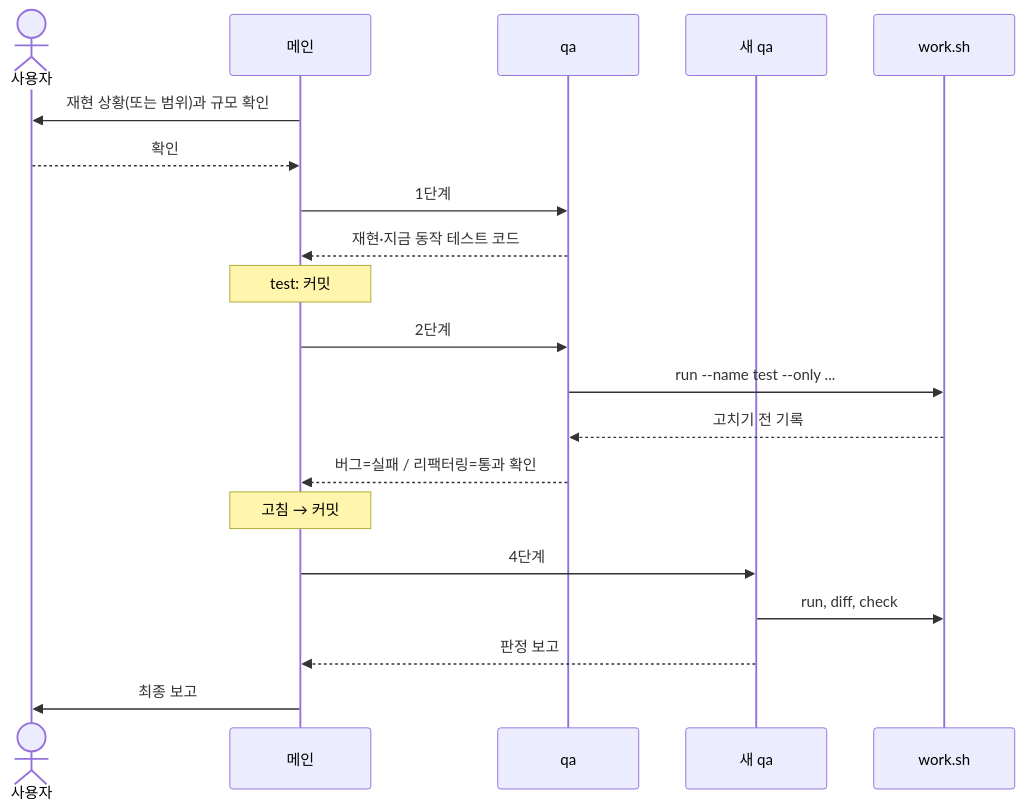
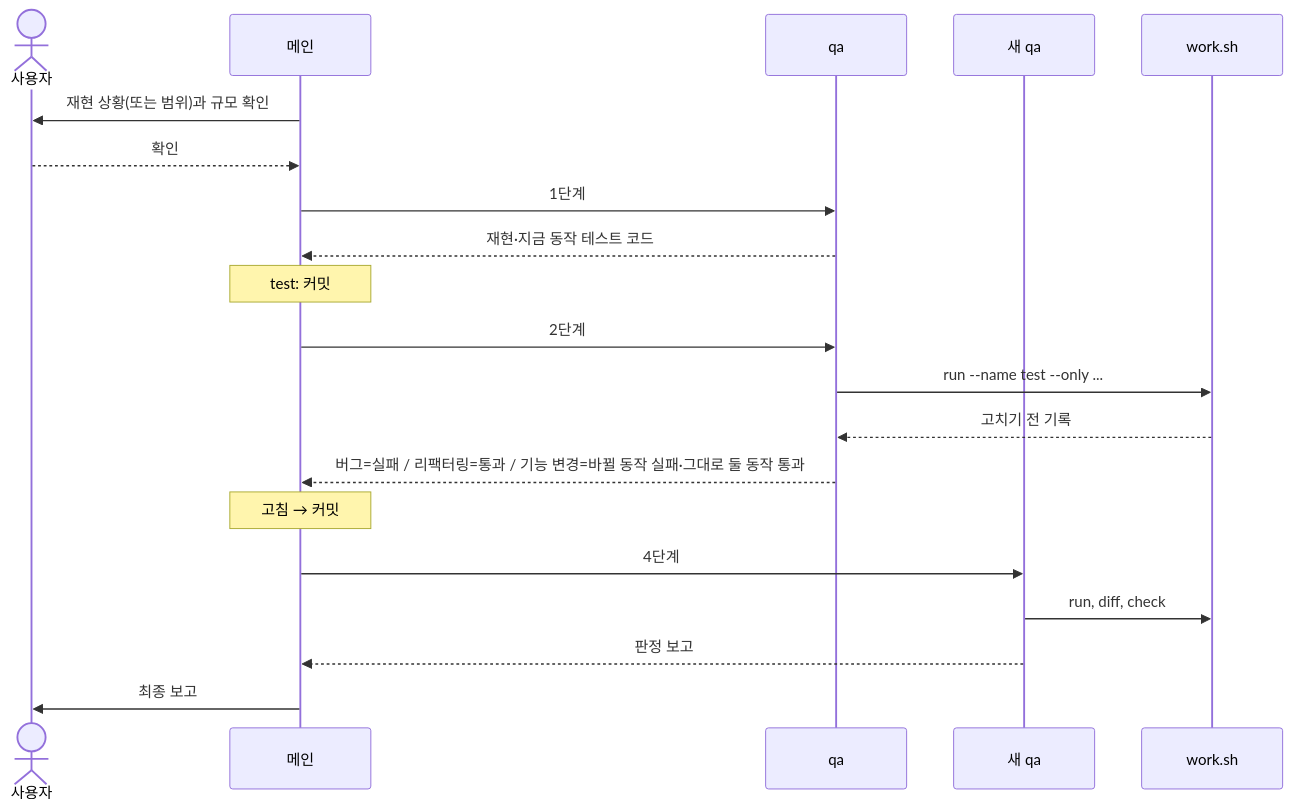
The fourth of 4 diagrams in docs/guides/claude-work-process.ko.md (gyugyu1/writeLoop), drawn with Mermaid before and after one commit. The commit also changed other lines of this file and 4 other files, not shown here.

````diff
--- a/docs/guides/claude-work-process.ko.md
+++ b/docs/guides/claude-work-process.ko.md
@@ -103,22 +105,22 @@
 ```mermaid
 sequenceDiagram
     actor U as 사용자
     participant M as 메인
     participant Q as qa
     participant Q2 as 새 qa
     participant T as work.sh
     M->>U: 재현 상황(또는 범위)과 규모 확인
     U-->>M: 확인
     M->>Q: 1단계
     Q-->>M: 재현·지금 동작 테스트 코드
     Note over M: test: 커밋
     M->>Q: 2단계
     Q->>T: run --name test --only ...
     T-->>Q: 고치기 전 기록
-    Q-->>M: 버그=실패 / 리팩터링=통과 확인
+    Q-->>M: 버그=실패 / 리팩터링=통과 / 기능 변경=바뀔 동작 실패·그대로 둘 동작 통과
     Note over M: 고침 → 커밋
     M->>Q2: 4단계
     Q2->>T: run, diff, check
     Q2-->>M: 판정 보고
     M->>U: 최종 보고
 ```
````
